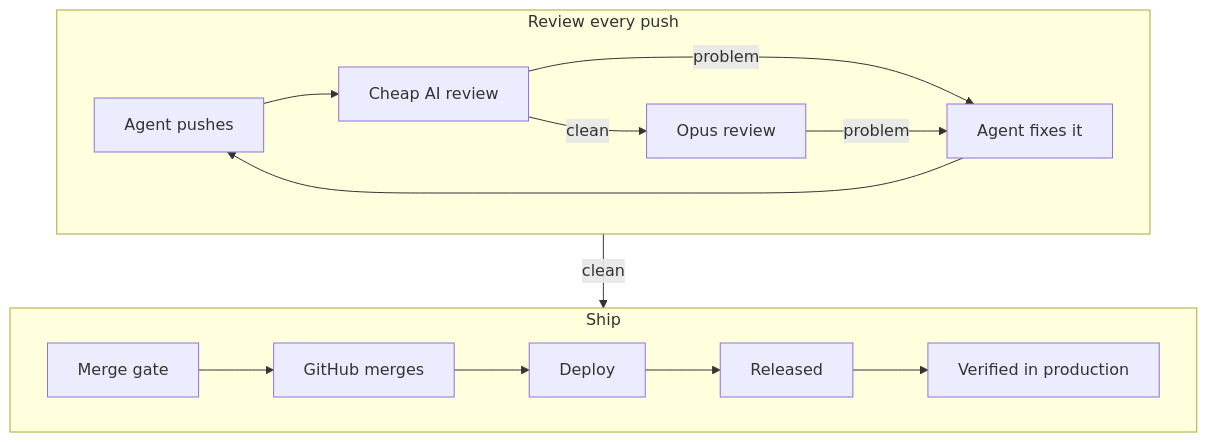
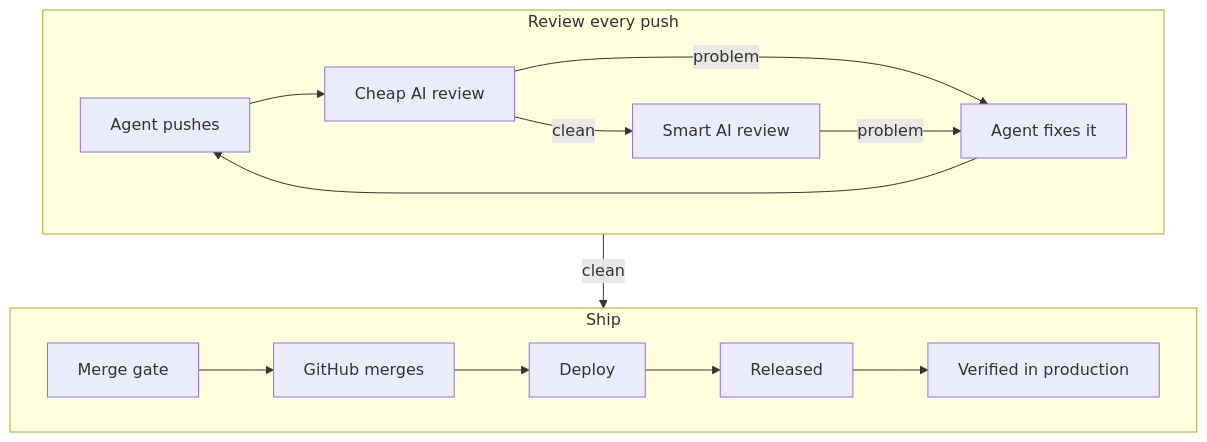
The diagram in README.md (nick-the-dev/gh-sheriff), drawn with Mermaid before and after one commit.

Commit message:
docs: Smart AI review in the diagram

````diff
--- a/README.md
+++ b/README.md
@@ -27,15 +27,15 @@
 ```mermaid
 flowchart TB
     subgraph REVIEW["Review every push"]
         direction LR
-        A["Agent pushes"] --> B["Cheap AI review"] -->|clean| C["Opus review"]
+        A["Agent pushes"] --> B["Cheap AI review"] -->|clean| C["Smart AI review"]
         B -->|problem| X["Agent fixes it"]
         C -->|problem| X
         X --> A
     end
     subgraph SHIP["Ship"]
         direction LR
         D["Merge gate"] --> E["GitHub merges"] --> F["Deploy"] --> G["Released"] --> H["Verified in production"]
     end
     REVIEW -->|clean| SHIP
 ```
````
